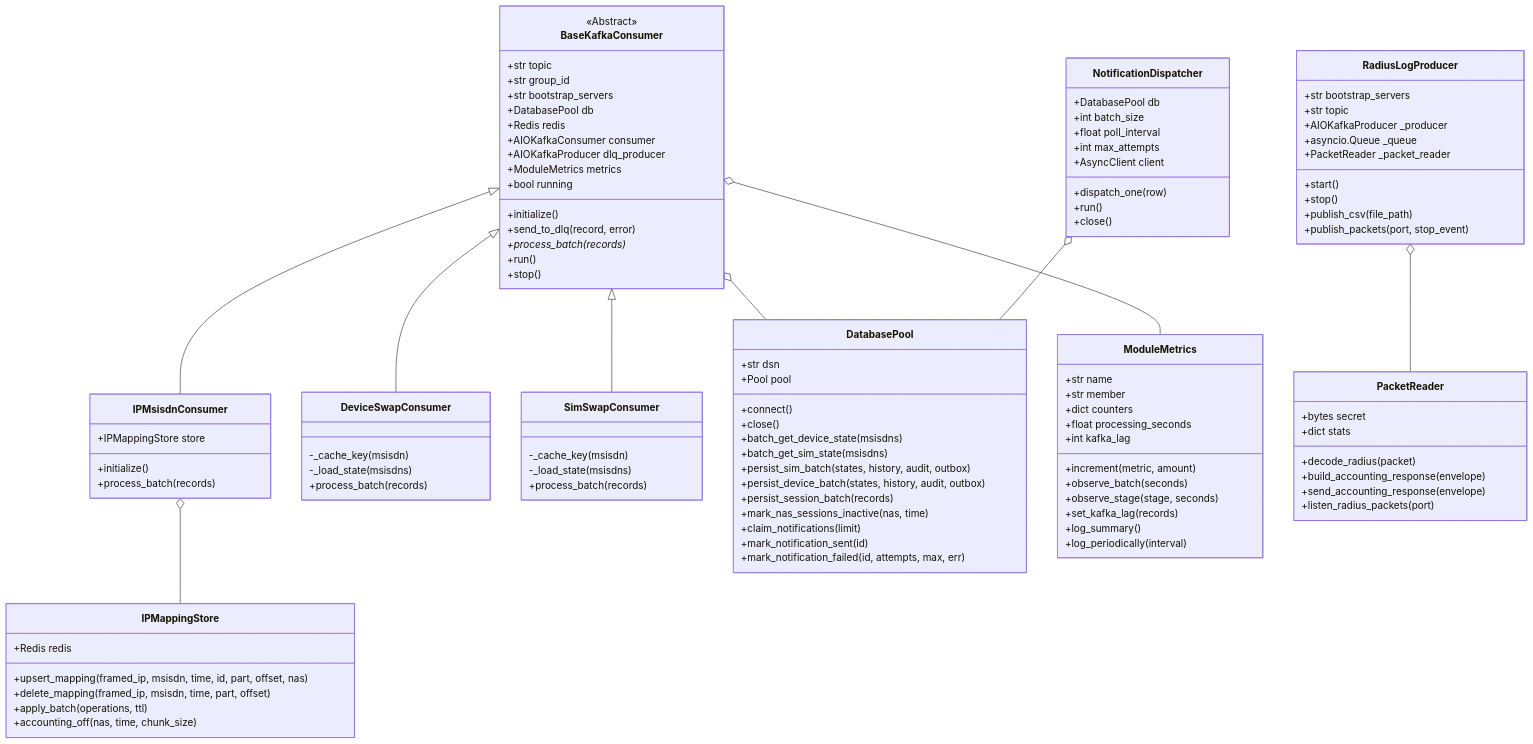
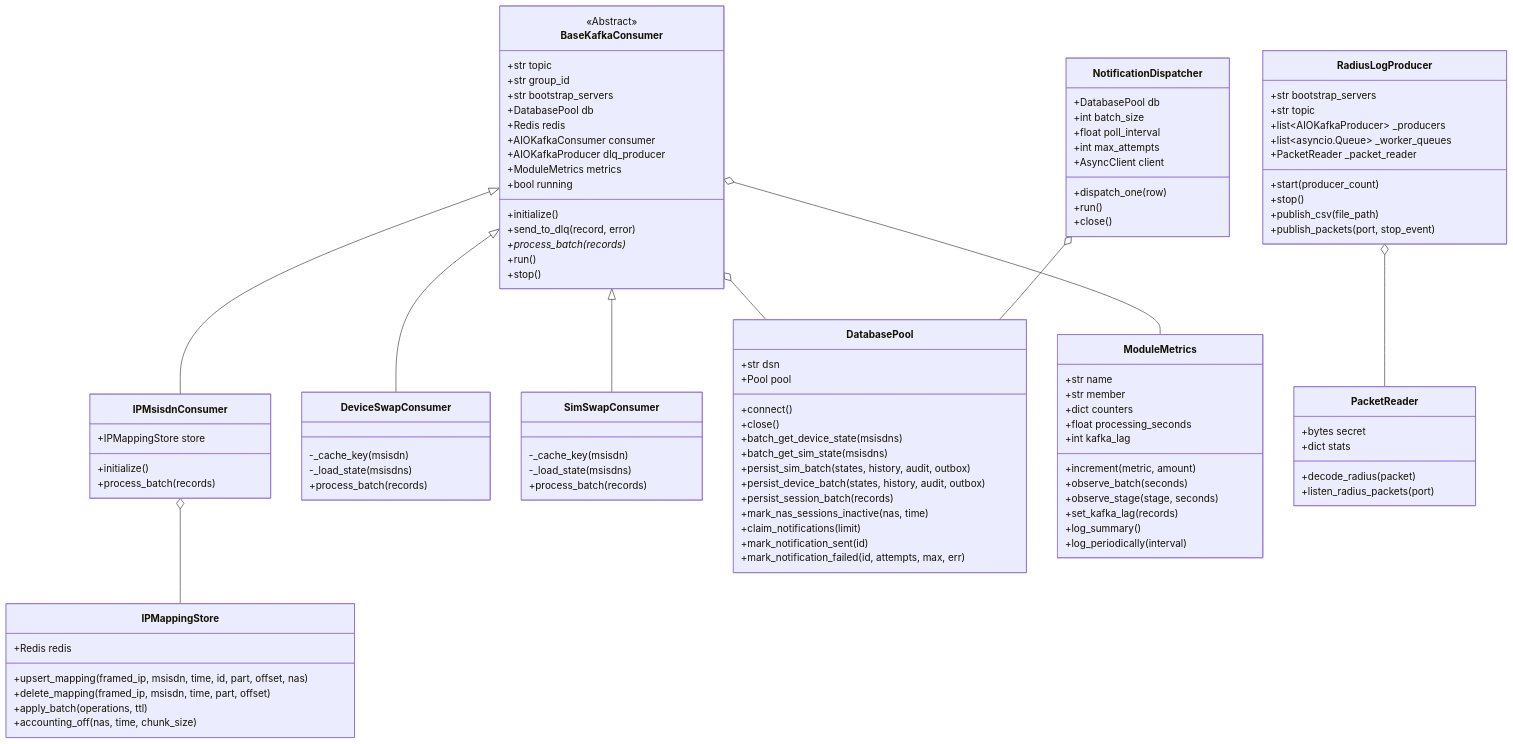
One commit to chuyenvanhust/camara-pipeline changed the second of 2 diagrams in pipeline/README.md. Above: the diagram before and after it, drawn with Mermaid. The commit also changed other lines of this file and 33 other files, not shown here.

```diff
--- a/pipeline/README.md
+++ b/pipeline/README.md
@@ -166,10 +163,10 @@
     class RadiusLogProducer {
         +str bootstrap_servers
         +str topic
-        +AIOKafkaProducer _producer
-        +asyncio.Queue _queue
+        +list~AIOKafkaProducer~ _producers
+        +list~asyncio.Queue~ _worker_queues
         +PacketReader _packet_reader
-        +start()
+        +start(producer_count)
         +stop()
         +publish_csv(file_path)
         +publish_packets(port, stop_event)
@@ -179,8 +176,6 @@
         +bytes secret
         +dict stats
         +decode_radius(packet)
-        +build_accounting_response(envelope)
-        +send_accounting_response(envelope)
         +listen_radius_packets(port)
     }
 
```
